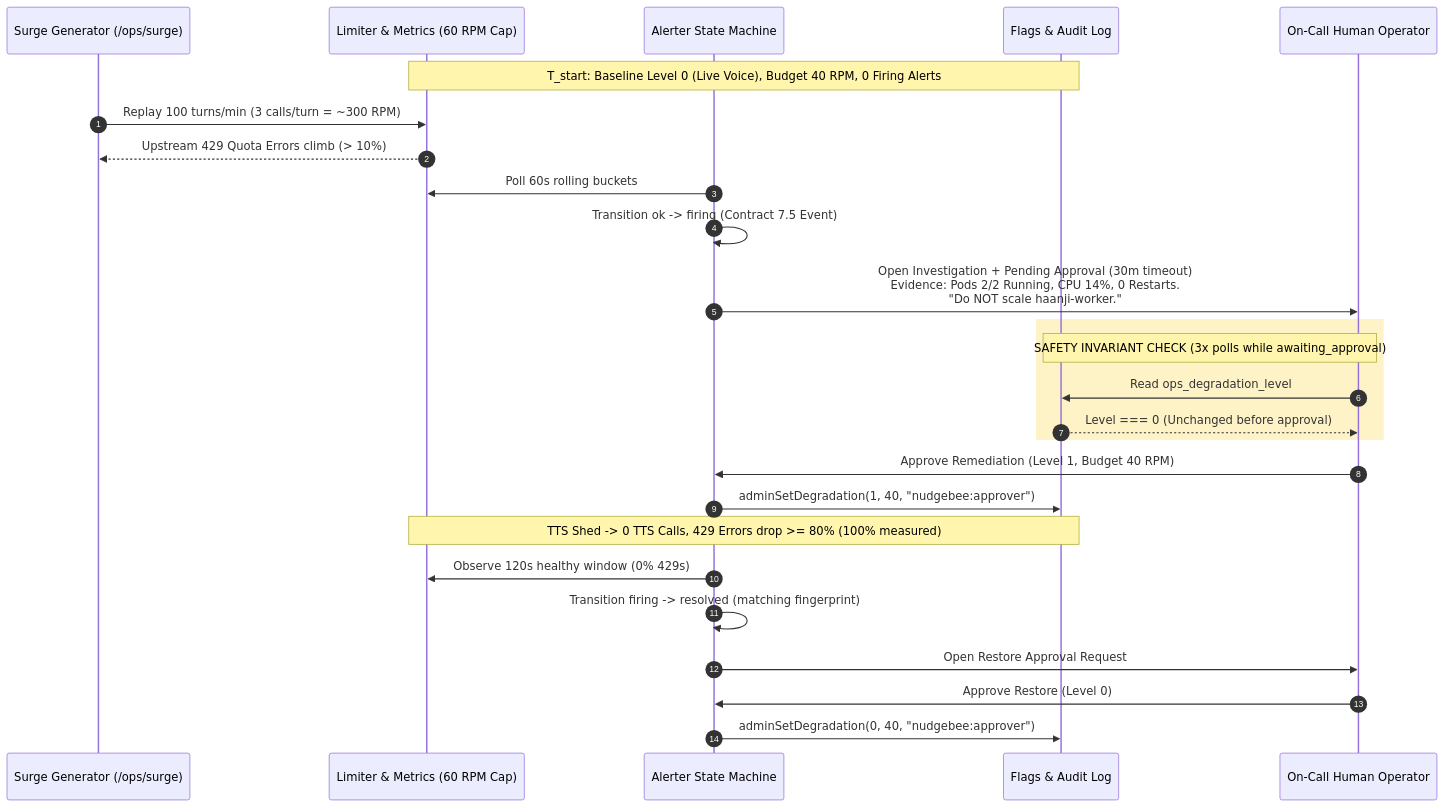
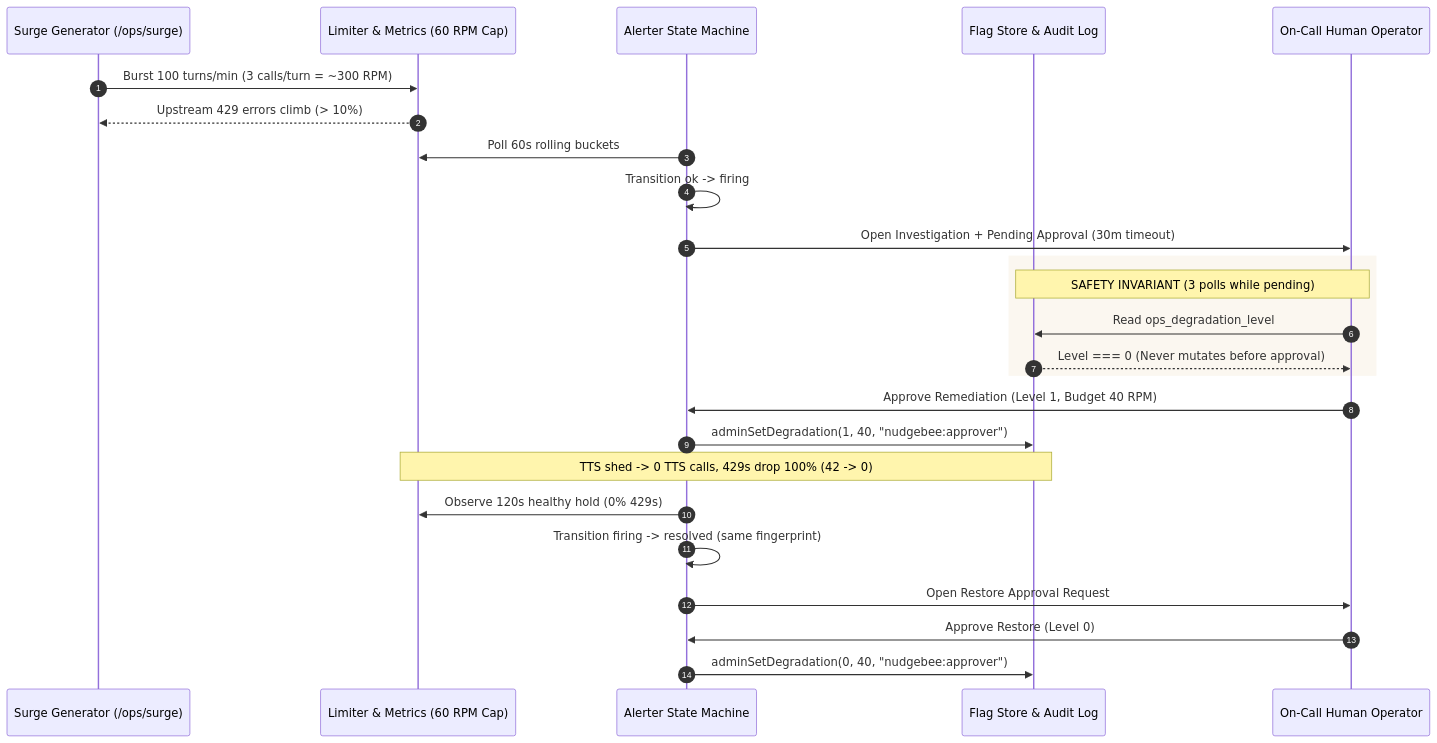
The third of 3 diagrams in README.md (Nagaraj1399/HaanJi), drawn with Mermaid before and after one commit. The commit also changed other lines of this file and 22 other files, not shown here.

````diff
--- a/README.md
+++ b/README.md
@@ -117,32 +107,31 @@
 ```mermaid
 sequenceDiagram
     autonumber
     participant Surge as Surge Generator (/ops/surge)
     participant Limiter as Limiter & Metrics (60 RPM Cap)
     participant Alerter as Alerter State Machine
-    participant Flagsmith as Flags & Audit Log
+    participant Flags as Flag Store & Audit Log
     participant Human as On-Call Human Operator
 
-    Note over Limiter,Flagsmith: T_start: Baseline Level 0 (Live Voice), Budget 40 RPM, 0 Firing Alerts
-    Surge->>Limiter: Replay 100 turns/min (3 calls/turn = ~300 RPM)
-    Limiter-->>Surge: Upstream 429 Quota Errors climb (> 10%)
+    Surge->>Limiter: Burst 100 turns/min (3 calls/turn = ~300 RPM)
+    Limiter-->>Surge: Upstream 429 errors climb (> 10%)
     Alerter->>Limiter: Poll 60s rolling buckets
-    Alerter->>Alerter: Transition ok -> firing (Contract 7.5 Event)
-    Alerter->>Human: Open Investigation + Pending Approval (30m timeout)<br/>Evidence: Pods 2/2 Running, CPU 14%, 0 Restarts.<br/>"Do NOT scale haanji-worker."
+    Alerter->>Alerter: Transition ok -> firing
+    Alerter->>Human: Open Investigation + Pending Approval (30m timeout)
 
-    rect rgb(254, 243, 199)
-        Note over Flagsmith,Human: SAFETY INVARIANT CHECK (3x polls while awaiting_approval)
-        Human->>Flagsmith: Read ops_degradation_level
-        Flagsmith-->>Human: Level === 0 (Unchanged before approval)
+    rect rgb(251, 247, 240)
+        Note over Flags,Human: SAFETY INVARIANT (3 polls while pending)
+        Human->>Flags: Read ops_degradation_level
+        Flags-->>Human: Level === 0 (Never mutates before approval)
     end
 
     Human->>Alerter: Approve Remediation (Level 1, Budget 40 RPM)
-    Alerter->>Flagsmith: adminSetDegradation(1, 40, "nudgebee:approver")
-    Note over Limiter,Flagsmith: TTS Shed -> 0 TTS Calls, 429 Errors drop >= 80% (100% measured)
+    Alerter->>Flags: adminSetDegradation(1, 40, "nudgebee:approver")
+    Note over Limiter,Flags: TTS shed -> 0 TTS calls, 429s drop 100% (42 -> 0)
 
-    Alerter->>Limiter: Observe 120s healthy window (0% 429s)
-    Alerter->>Alerter: Transition firing -> resolved (matching fingerprint)
+    Alerter->>Limiter: Observe 120s healthy hold (0% 429s)
+    Alerter->>Alerter: Transition firing -> resolved (same fingerprint)
     Alerter->>Human: Open Restore Approval Request
     Human->>Alerter: Approve Restore (Level 0)
-    Alerter->>Flagsmith: adminSetDegradation(0, 40, "nudgebee:approver")
+    Alerter->>Flags: adminSetDegradation(0, 40, "nudgebee:approver")
 ```
````
